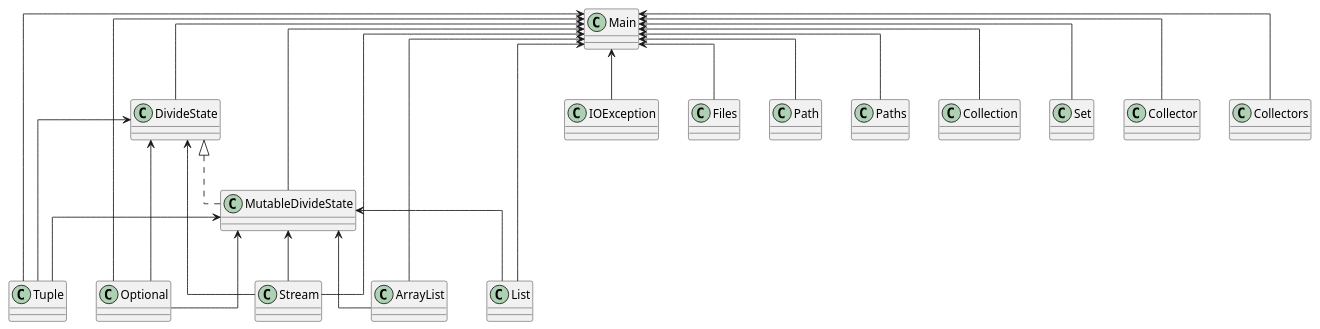
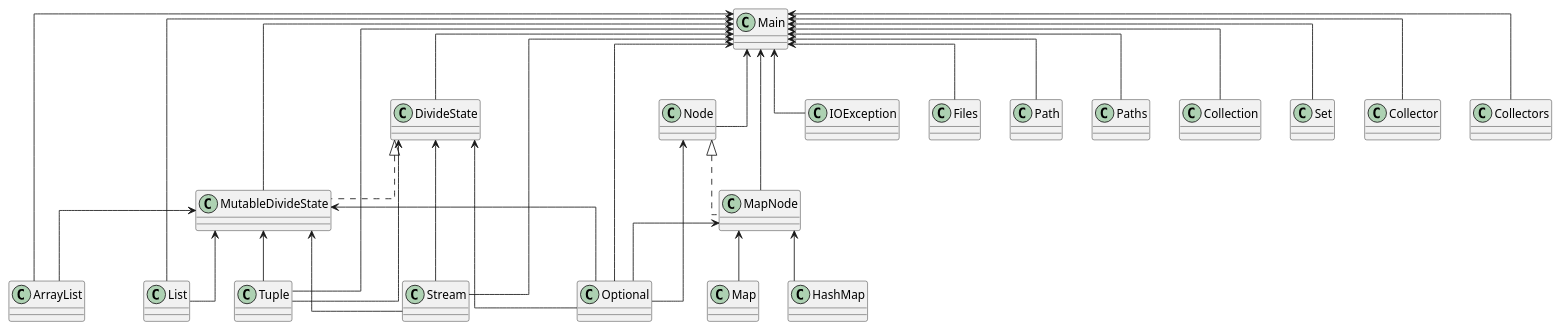
One commit to SirMathhman/Magma changed the diagram in diagram.puml. Above: the diagram before and after it, drawn with PlantUML. The commit also changed 3 other files, not shown here.

```diff
--- a/diagram.puml
+++ b/diagram.puml
@@ -1,31 +1,40 @@
 @startuml
 skinparam linetype ortho
 class Main
 Main <-- Tuple
 Main <-- DivideState
 Main <-- MutableDivideState
+Main <-- MapNode
+Main <-- Node
 Main <-- IOException
 Main <-- Files
 Main <-- Path
 Main <-- Paths
 Main <-- ArrayList
 Main <-- Collection
 Main <-- List
 Main <-- Optional
 Main <-- Set
 Main <-- Collector
 Main <-- Collectors
 Main <-- Stream
+class Node
+Node <-- Optional
 class MutableDivideState
 MutableDivideState <-- Tuple
 MutableDivideState <-- ArrayList
 MutableDivideState <-- List
 MutableDivideState <-- Optional
 MutableDivideState <-- Stream
 class MutableDivideState implements DivideState 
 class Tuple
 class DivideState
 DivideState <-- Tuple
 DivideState <-- Optional
 DivideState <-- Stream
+class MapNode
+MapNode <-- HashMap
+MapNode <-- Map
+MapNode <-- Optional
+class MapNode implements Node 
 @enduml
```
